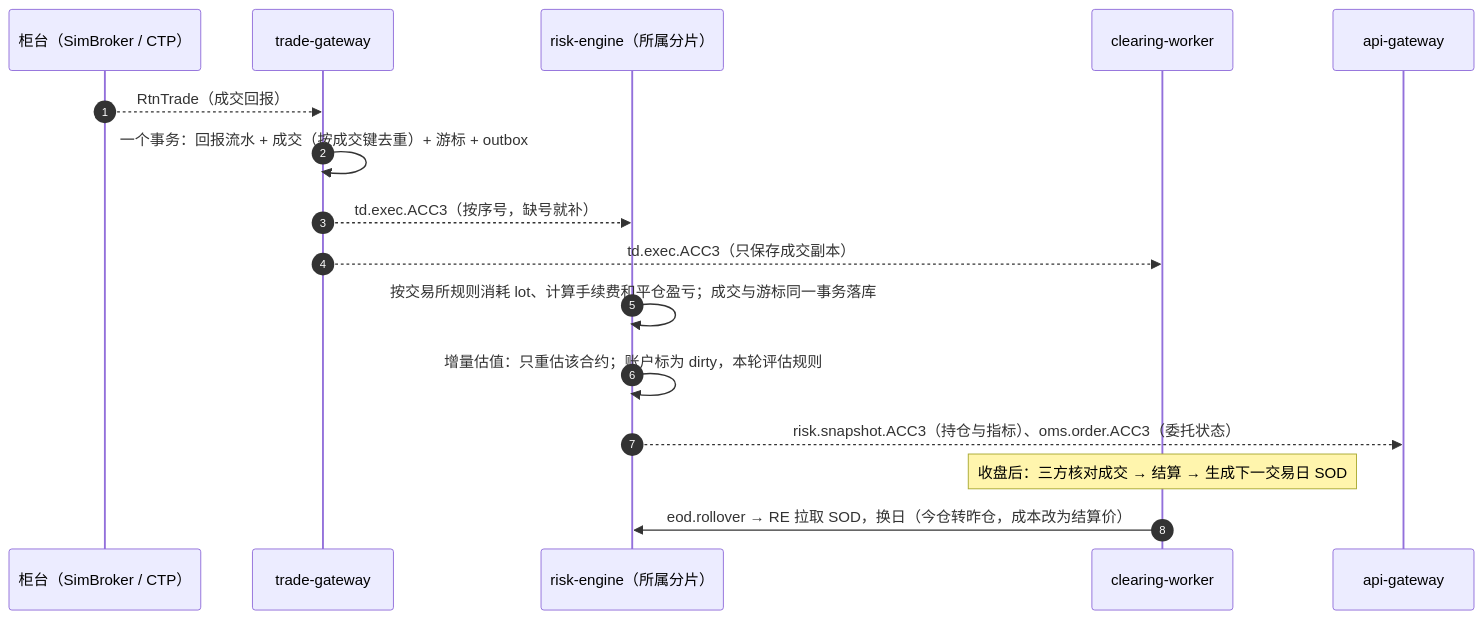
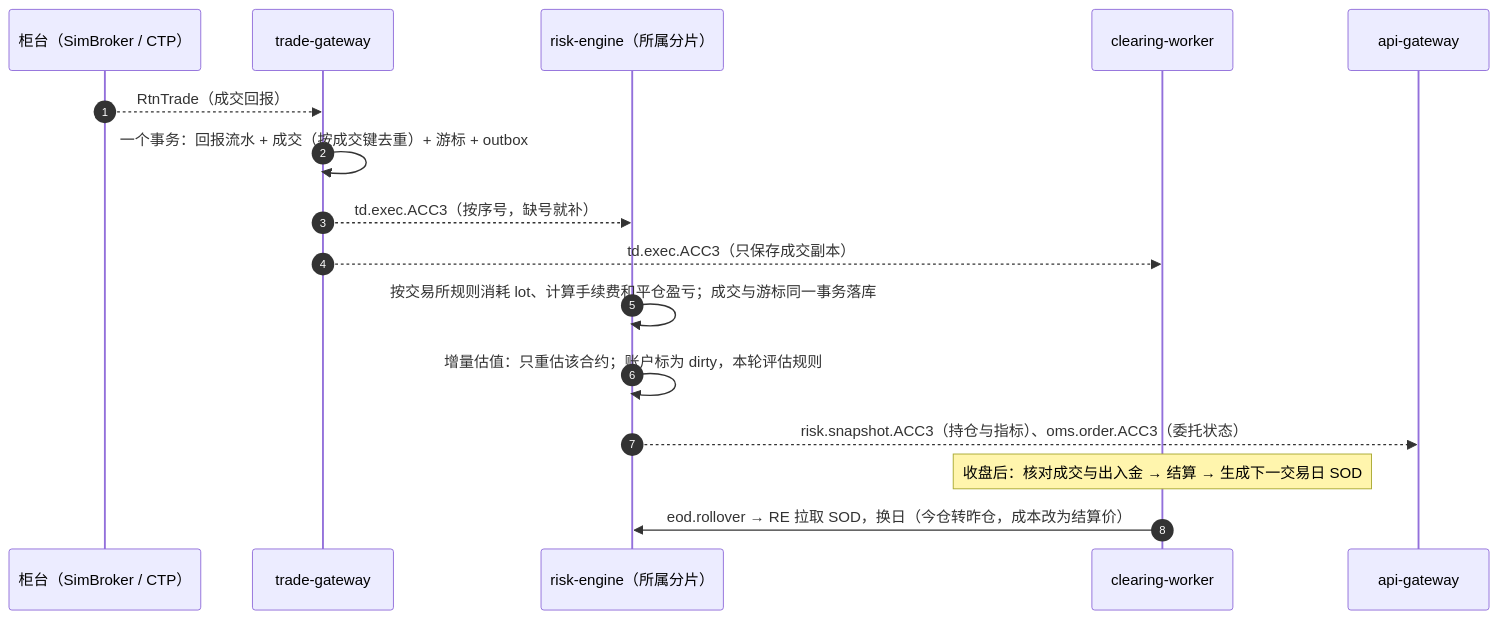
The first of 2 diagrams in docs/09-design-decisions.md (tom-xue-dev/futrisk), drawn with Mermaid before and after one commit. The commit also changed other lines of this file and 31 other files, not shown here.

First line of the commit message:
文档：按代码重建 docs 为 v1.0，全量验证并重拍截图

````diff
--- a/docs/09-design-decisions.md
+++ b/docs/09-design-decisions.md
@@ -272,18 +276,18 @@
 ```mermaid
 sequenceDiagram
     autonumber
     participant CT as 柜台（SimBroker / CTP）
     participant TG as trade-gateway
     participant RE as risk-engine（所属分片）
     participant CW as clearing-worker
     participant API as api-gateway
     CT-->>TG: RtnTrade（成交回报）
     TG->>TG: 一个事务：回报流水 + 成交（按成交键去重）+ 游标 + outbox
     TG-->>RE: td.exec.ACC3（按序号，缺号就补）
     TG-->>CW: td.exec.ACC3（只保存成交副本）
     RE->>RE: 按交易所规则消耗 lot、计算手续费和平仓盈亏；成交与游标同一事务落库
     RE->>RE: 增量估值：只重估该合约；账户标为 dirty，本轮评估规则
     RE-->>API: risk.snapshot.ACC3（持仓与指标）、oms.order.ACC3（委托状态）
-    Note over CW: 收盘后：三方核对成交 → 结算 → 生成下一交易日 SOD
+    Note over CW: 收盘后：核对成交与出入金 → 结算 → 生成下一交易日 SOD
     CW->>RE: eod.rollover → RE 拉取 SOD，换日（今仓转昨仓，成本改为结算价）
 ```
````
